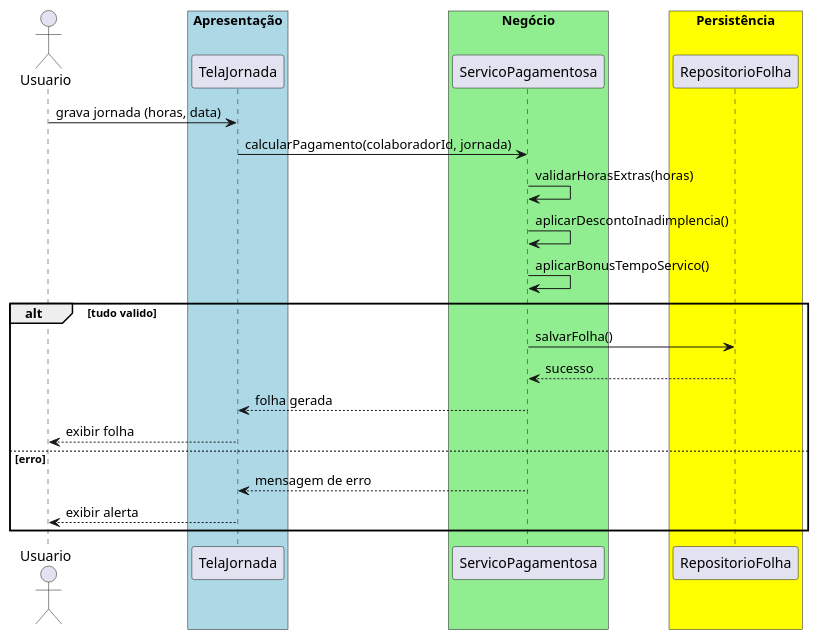
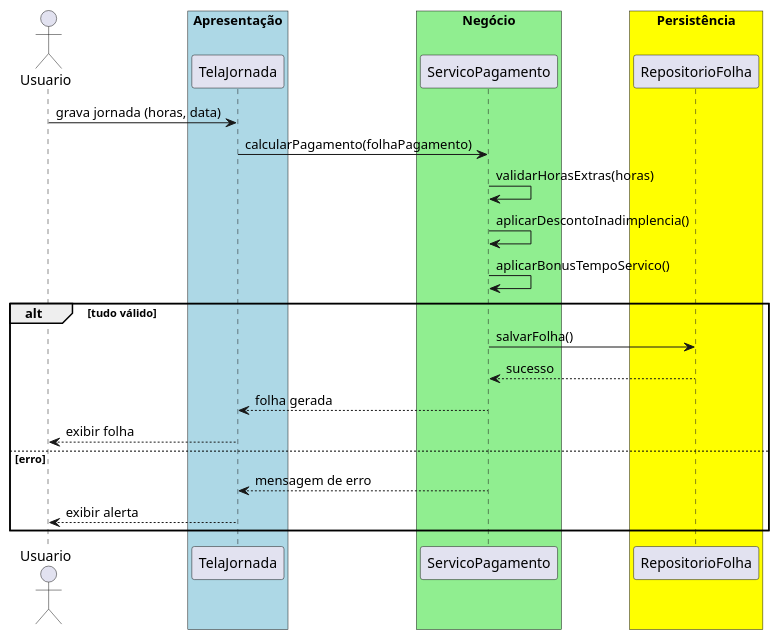
Before and after one commit to 20261-ifba-saj-ads-poo/blog: the diagram in src/trabalhos/Trabalho30.md, drawn with PlantUML. The commit also changed other lines of this file and 35 other files, not shown here.

````diff
--- a/src/trabalhos/Trabalho30.md
+++ b/src/trabalhos/Trabalho30.md
@@ -30,28 +30,28 @@
-```plantuml
+```plantuml{kroki=true}
 @startuml
 actor Usuario
 box "Apresentação" #lightblue
     participant TelaJornada
 end box
 box "Negócio" #lightgreen
-    participant ServicoPagamentosa
+    participant ServicoPagamento
 end box
 box "Persistência" #yellow
     participant RepositorioFolha
 end box
 Usuario -> TelaJornada : grava jornada (horas, data)
-TelaJornada -> ServicoPagamentosa : calcularPagamento(colaboradorId, jornada)
-ServicoPagamentosa -> ServicoPagamentosa : validarHorasExtras(horas)
-ServicoPagamentosa -> ServicoPagamentosa : aplicarDescontoInadimplencia()
-ServicoPagamentosa -> ServicoPagamentosa : aplicarBonusTempoServico()
-alt tudo valido
-    ServicoPagamentosa -> RepositorioFolha : salvarFolha()
-    RepositorioFolha --> ServicoPagamentosa : sucesso
-    ServicoPagamentosa --> TelaJornada : folha gerada
+TelaJornada -> ServicoPagamento : calcularPagamento(folhaPagamento)
+ServicoPagamento -> ServicoPagamento : validarHorasExtras(horas)
+ServicoPagamento -> ServicoPagamento : aplicarDescontoInadimplencia()
+ServicoPagamento -> ServicoPagamento : aplicarBonusTempoServico()
+alt tudo válido
+    ServicoPagamento -> RepositorioFolha : salvarFolha()
+    RepositorioFolha --> ServicoPagamento : sucesso
+    ServicoPagamento --> TelaJornada : folha gerada
     TelaJornada --> Usuario : exibir folha
 else erro
-    ServicoPagamentosa --> TelaJornada : mensagem de erro
+    ServicoPagamento --> TelaJornada : mensagem de erro
     TelaJornada --> Usuario : exibir alerta
 end
 @enduml
 ```
````
